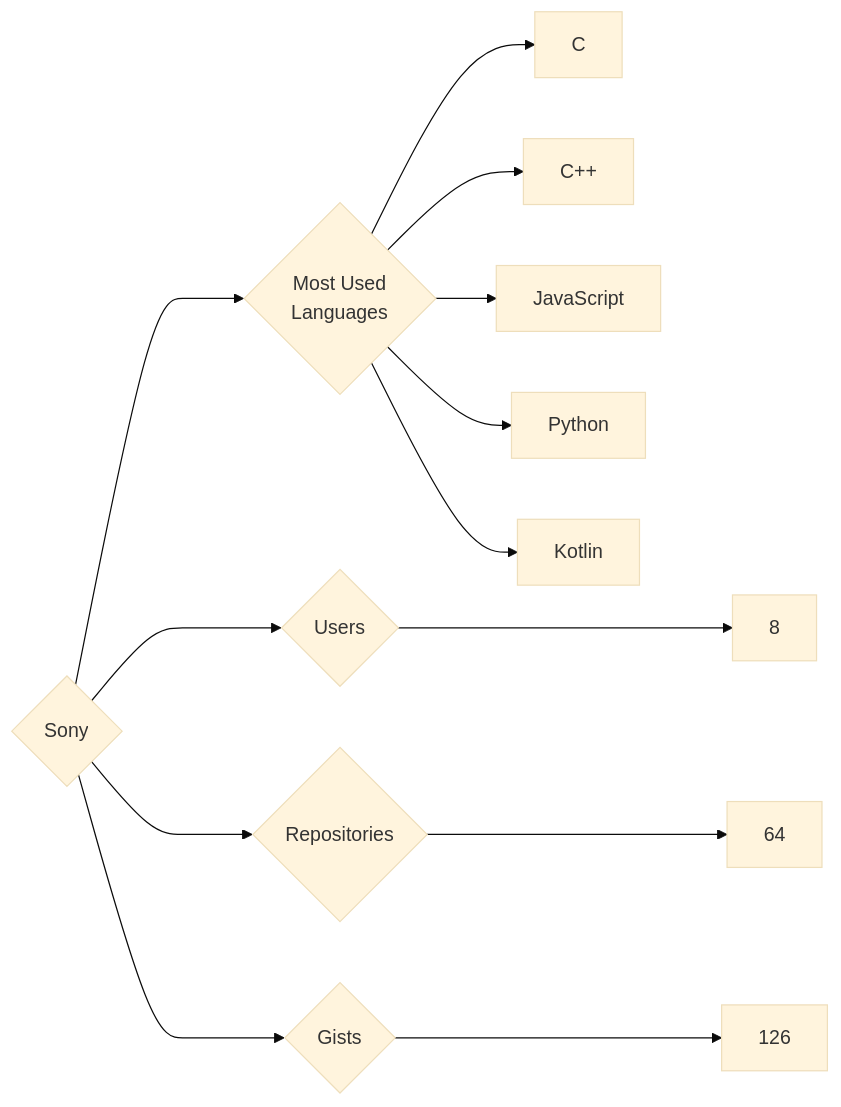
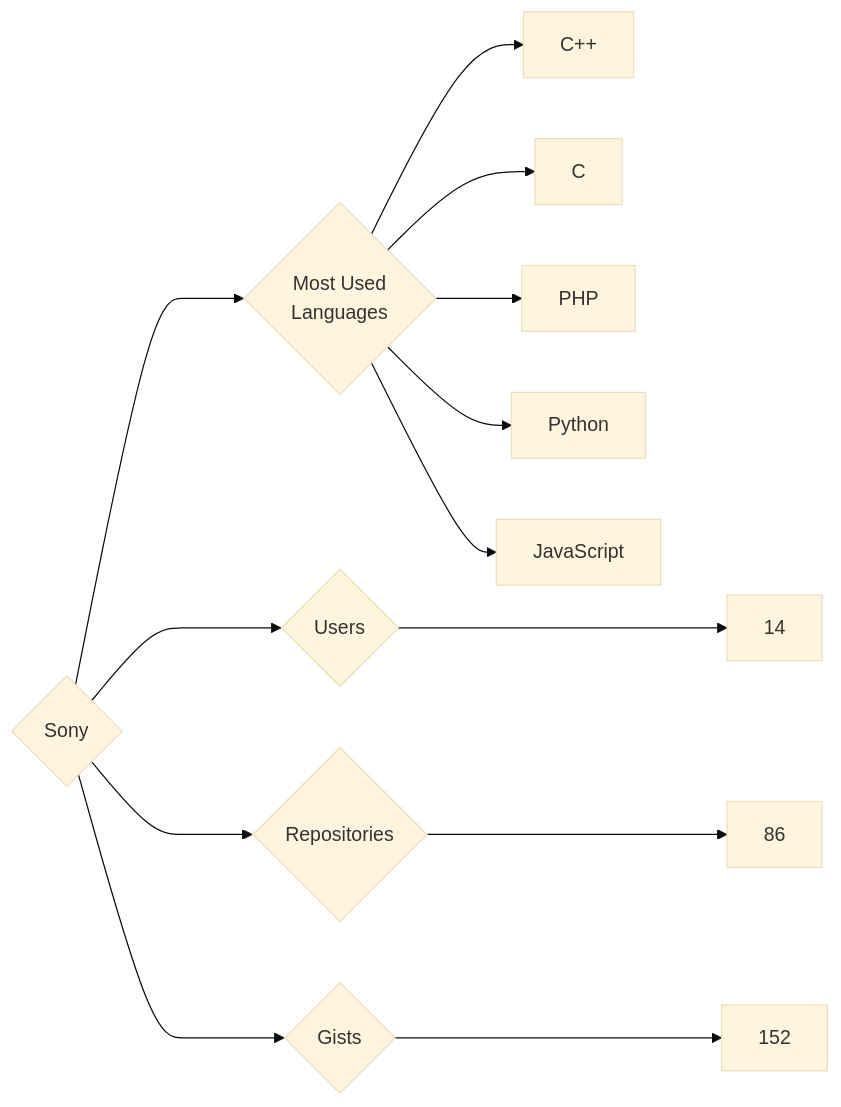
The diagram in targets/Sony/README.md (trickest/insiders), drawn with Mermaid (base theme) before and after one commit. The commit also changed 728 other files, not shown here.

````diff
--- a/targets/Sony/README.md
+++ b/targets/Sony/README.md
@@ -3,13 +3,13 @@
 ```mermaid
 graph LR
 COMPANY_NAME{Sony}
-COMPANY_NAME ---> U{Users} ---> UN[8]
-COMPANY_NAME ---> R{Repositories} ---> RN[64]
-COMPANY_NAME ---> G{Gists} ---> GN[126]
+COMPANY_NAME ---> U{Users} ---> UN[14]
+COMPANY_NAME ---> R{Repositories} ---> RN[86]
+COMPANY_NAME ---> G{Gists} ---> GN[152]
 COMPANY_NAME ---> ML{Most Used<br>Languages}
+ML --> C++[C++]
 ML --> C[C]
-ML --> C++[C++]
+ML --> PHP[PHP]
+ML --> Python[Python]
 ML --> JavaScript[JavaScript]
-ML --> Python[Python]
-ML --> Kotlin[Kotlin]
 ```
````
